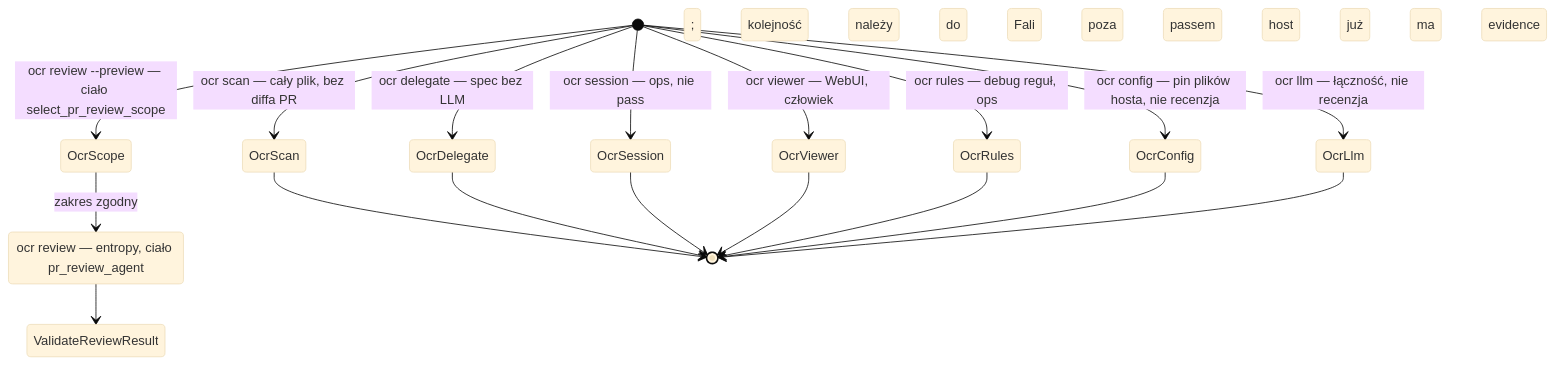
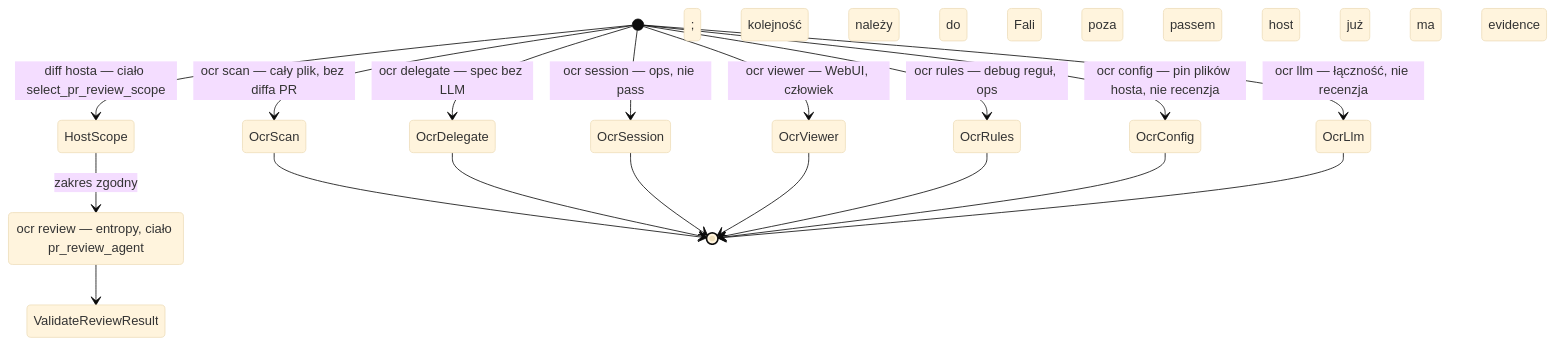
One commit to mikolaj92/lokay changed diagram 44 of 46 in README.md. Above: the diagram before and after it, drawn with Mermaid (base theme). The commit also changed other lines of this file and 5 other files, not shown here.

Commit message:
fix: take review scope from the host diff

````diff
--- a/README.md
+++ b/README.md
@@ -1533,21 +1531,21 @@
 ```mermaid
 stateDiagram-v2
-    [*] --> OcrScope: ocr review --preview — ciało select_pr_review_scope
-    OcrScope --> OcrReview: zakres zgodny; kolejność należy do Fali
+    [*] --> HostScope: diff hosta — ciało select_pr_review_scope
+    HostScope --> OcrReview: zakres zgodny; kolejność należy do Fali
     OcrReview: ocr review — entropy, ciało pr_review_agent
     OcrReview --> ValidateReviewResult
     [*] --> OcrScan: ocr scan — cały plik, bez diffa PR; poza passem
     [*] --> OcrDelegate: ocr delegate — spec bez LLM; host już ma evidence
     [*] --> OcrSession: ocr session — ops, nie pass
     [*] --> OcrViewer: ocr viewer — WebUI, człowiek
     [*] --> OcrRules: ocr rules — debug reguł, ops
     [*] --> OcrConfig: ocr config — pin plików hosta, nie recenzja
     [*] --> OcrLlm: ocr llm — łączność, nie recenzja
     OcrScan --> [*]
     OcrDelegate --> [*]
     OcrSession --> [*]
     OcrViewer --> [*]
     OcrRules --> [*]
     OcrConfig --> [*]
     OcrLlm --> [*]
 ```
````
